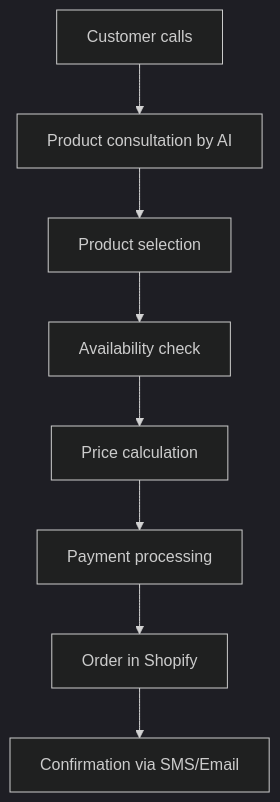
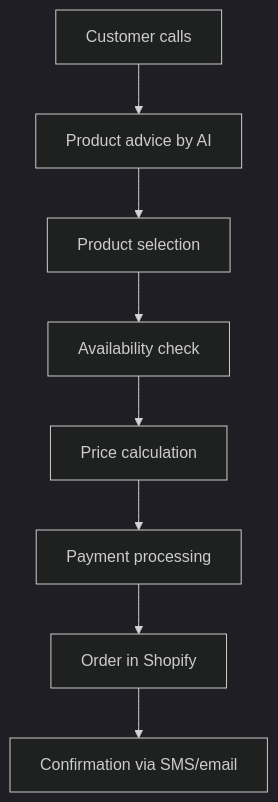
The diagram in en/automation-platform/integrations/einzelintegrations/shopify.mdx (bekgroup/Famulor-docs-de), drawn with Mermaid (dark theme) before and after one commit. The commit also changed other lines of this file and 273 other files, not shown here.

````diff
--- a/en/automation-platform/integrations/einzelintegrations/shopify.mdx
+++ b/en/automation-platform/integrations/einzelintegrations/shopify.mdx
@@ -35,10 +34,10 @@
 ```mermaid
 graph TD
-    A[Customer calls] --> B[Product consultation by AI]
+    A[Customer calls] --> B[Product advice by AI]
     B --> C[Product selection]
     C --> D[Availability check]  
     D --> E[Price calculation]
     E --> F[Payment processing]
     F --> G[Order in Shopify]
-    G --> H[Confirmation via SMS/Email]
+    G --> H[Confirmation via SMS/email]
 ```
````
